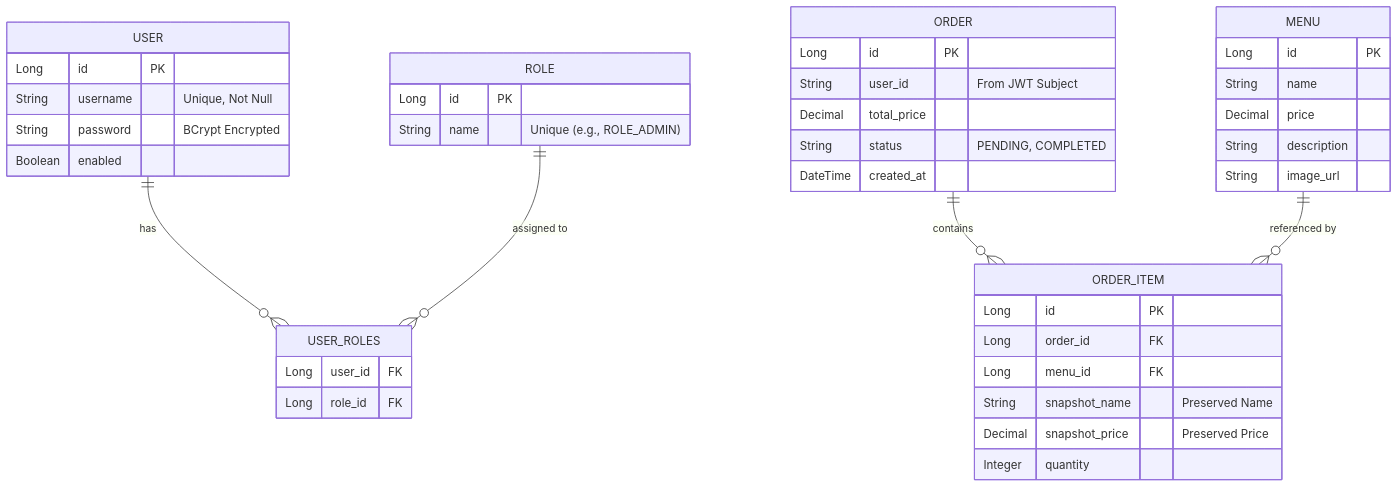
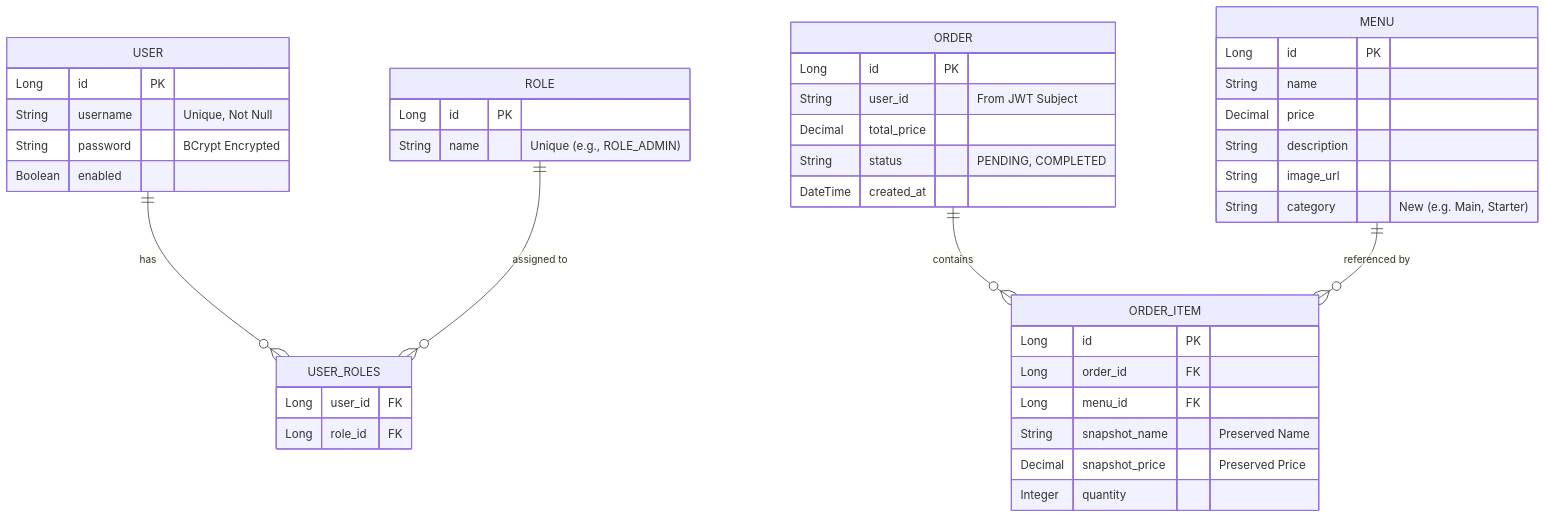
Before and after one commit to itshard2name-gmail/mini-restaurant-app: the second of 4 diagrams in SYSTEM_DESIGN.md, drawn with Mermaid. The commit also changed other lines of this file and 55 other files, not shown here.

Commit message:
feat: server-side order search, analytics expansion, and updated roadmap

````diff
--- a/SYSTEM_DESIGN.md
+++ b/SYSTEM_DESIGN.md
@@ -103,52 +106,53 @@
 ```mermaid
 erDiagram
     %% Auth Service Context
     USER ||--o{ USER_ROLES : "has"
     ROLE ||--o{ USER_ROLES : "assigned to"
 
     USER {
         Long id PK
         String username "Unique, Not Null"
         String password "BCrypt Encrypted"
         Boolean enabled
     }
 
     ROLE {
         Long id PK
         String name "Unique (e.g., ROLE_ADMIN)"
     }
 
     USER_ROLES {
         Long user_id FK
         Long role_id FK
     }
 
     %% Order Service Context
     ORDER ||--o{ ORDER_ITEM : "contains"
     MENU ||--o{ ORDER_ITEM : "referenced by"
 
     ORDER {
         Long id PK
         String user_id "From JWT Subject"
         Decimal total_price
         String status "PENDING, COMPLETED"
         DateTime created_at
     }
 
     ORDER_ITEM {
         Long id PK
         Long order_id FK
         Long menu_id FK
         String snapshot_name "Preserved Name"
         Decimal snapshot_price "Preserved Price"
         Integer quantity
     }
 
     MENU {
         Long id PK
         String name
         Decimal price
         String description
         String image_url
+        String category "New (e.g. Main, Starter)"
     }
 ```
````
